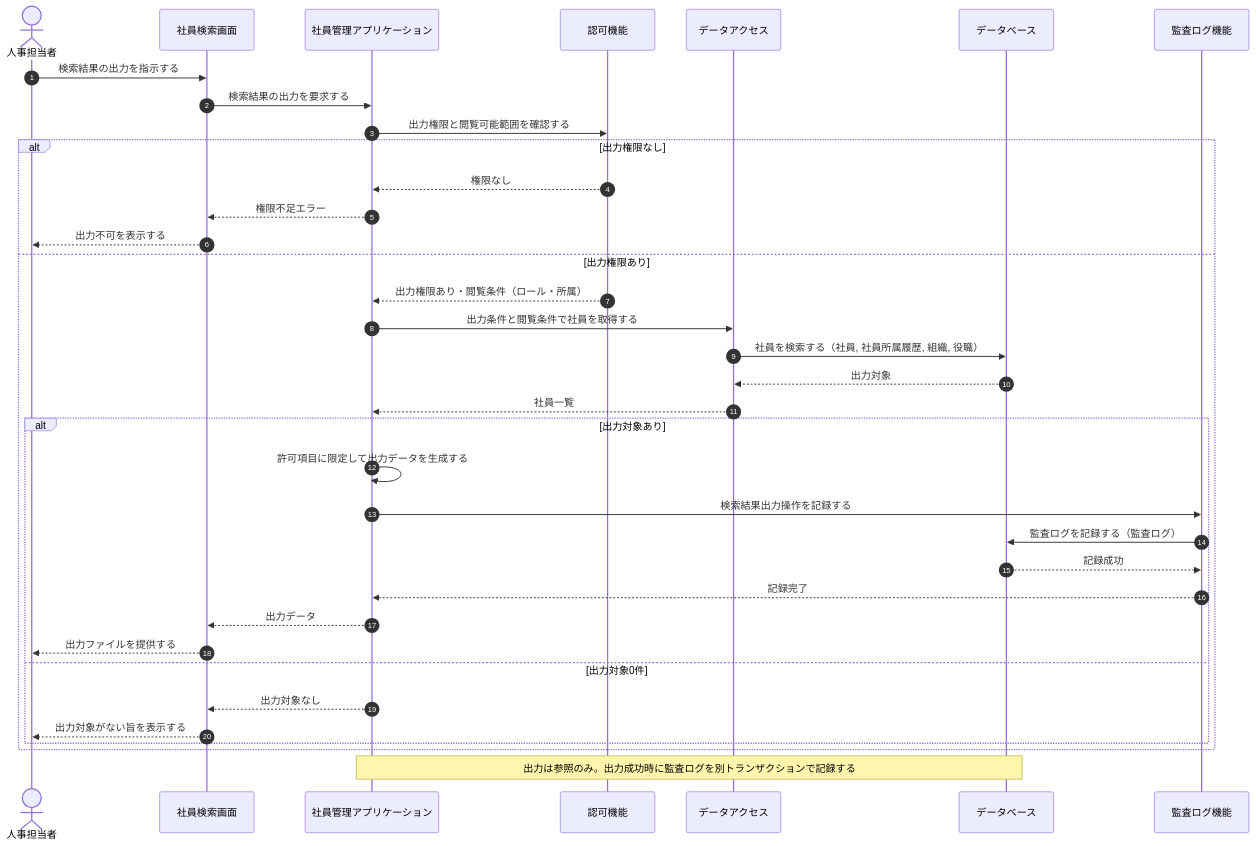
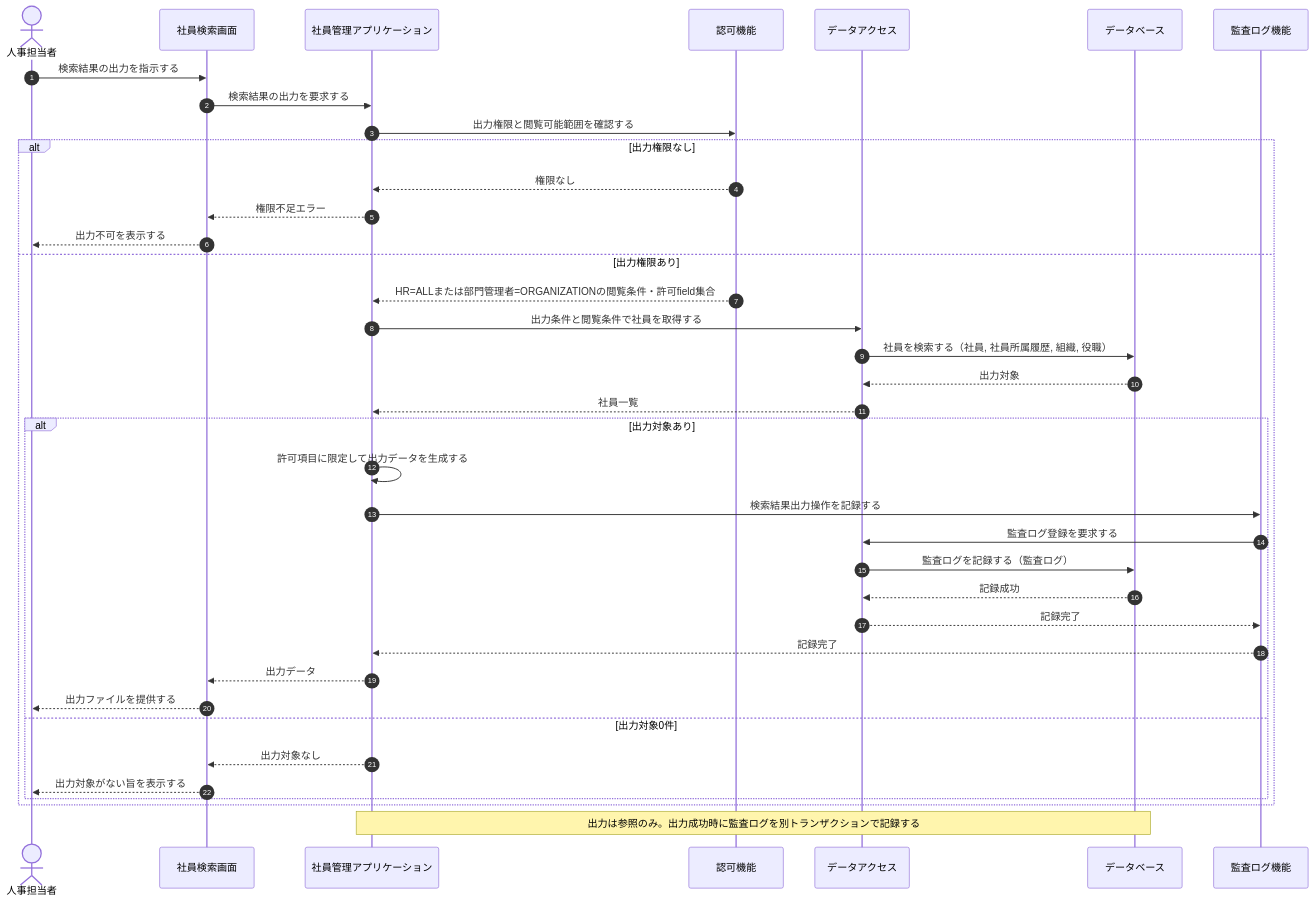
One commit to sikakou54/system-document-template changed diagram 11 of 14 in 統合設計書/社員名簿管理システム/03_シーケンス設計.md. Above: the diagram before and after it, drawn with Mermaid. The commit also changed other lines of this file and 40 other files, not shown here.

````diff
--- a/統合設計書/社員名簿管理システム/03_シーケンス設計.md
+++ b/統合設計書/社員名簿管理システム/03_シーケンス設計.md
@@ -805,39 +964,41 @@
 ```mermaid
 sequenceDiagram
     autonumber
     actor HR as 人事担当者
     participant UI as 社員検索画面
     participant APP as 社員管理アプリケーション
     participant AUTH as 認可機能
     participant DATA as データアクセス
     participant DB as データベース
     participant AUDIT as 監査ログ機能
 
     HR->>UI: 検索結果の出力を指示する
     UI->>APP: 検索結果の出力を要求する
     APP->>AUTH: 出力権限と閲覧可能範囲を確認する
     alt 出力権限なし
         AUTH-->>APP: 権限なし
         APP-->>UI: 権限不足エラー
         UI-->>HR: 出力不可を表示する
     else 出力権限あり
-        AUTH-->>APP: 出力権限あり・閲覧条件（ロール・所属）
+        AUTH-->>APP: HR=ALLまたは部門管理者=ORGANIZATIONの閲覧条件・許可field集合
         APP->>DATA: 出力条件と閲覧条件で社員を取得する
         DATA->>DB: 社員を検索する（社員, 社員所属履歴, 組織, 役職）
         DB-->>DATA: 出力対象
         DATA-->>APP: 社員一覧
         alt 出力対象あり
             APP->>APP: 許可項目に限定して出力データを生成する
             APP->>AUDIT: 検索結果出力操作を記録する
-            AUDIT->>DB: 監査ログを記録する（監査ログ）
-            DB-->>AUDIT: 記録成功
+            AUDIT->>DATA: 監査ログ登録を要求する
+            DATA->>DB: 監査ログを記録する（監査ログ）
+            DB-->>DATA: 記録成功
+            DATA-->>AUDIT: 記録完了
             AUDIT-->>APP: 記録完了
             APP-->>UI: 出力データ
             UI-->>HR: 出力ファイルを提供する
         else 出力対象0件
             APP-->>UI: 出力対象なし
             UI-->>HR: 出力対象がない旨を表示する
         end
     end
     Note over APP,DB: 出力は参照のみ。出力成功時に監査ログを別トランザクションで記録する
 ```
````
